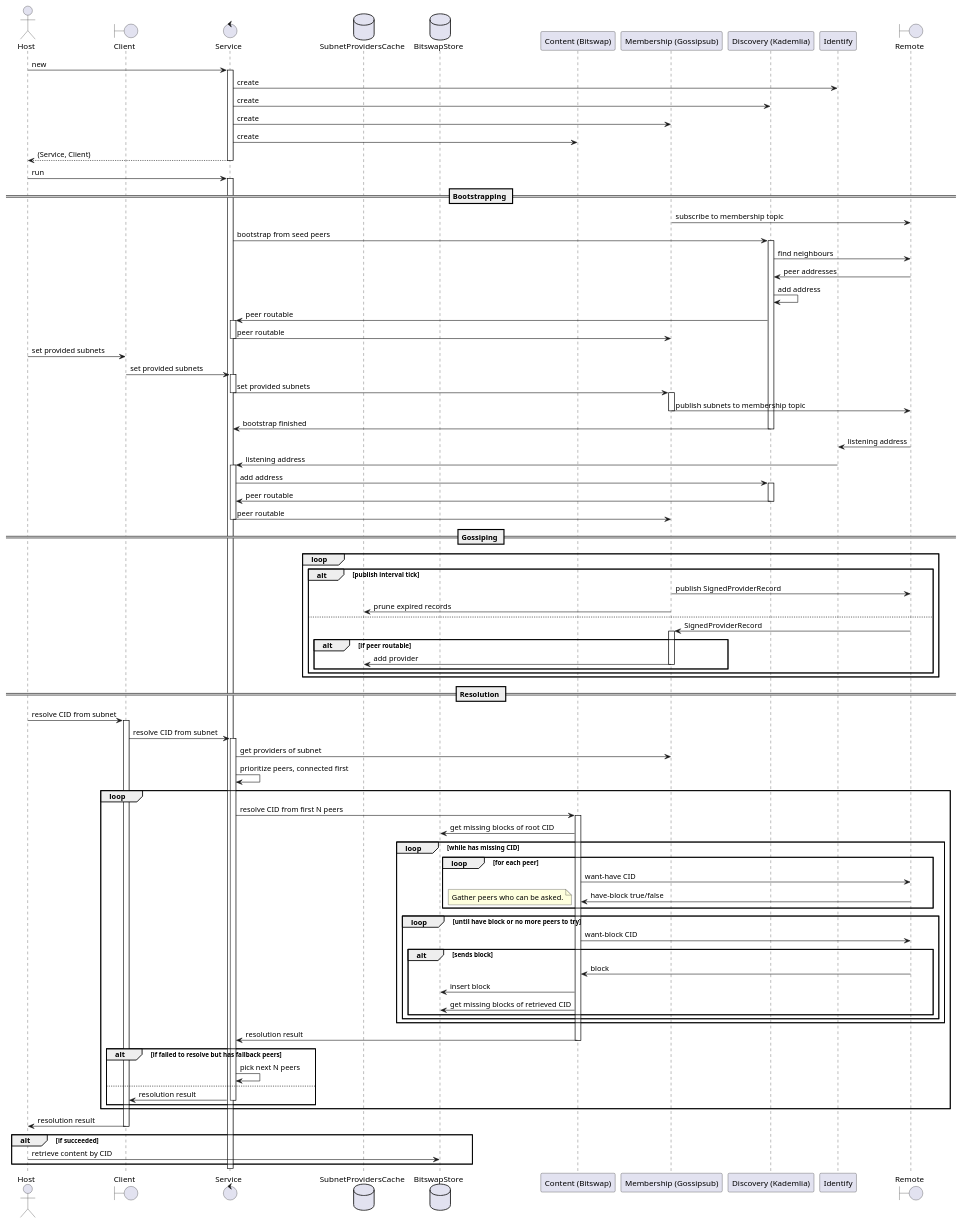
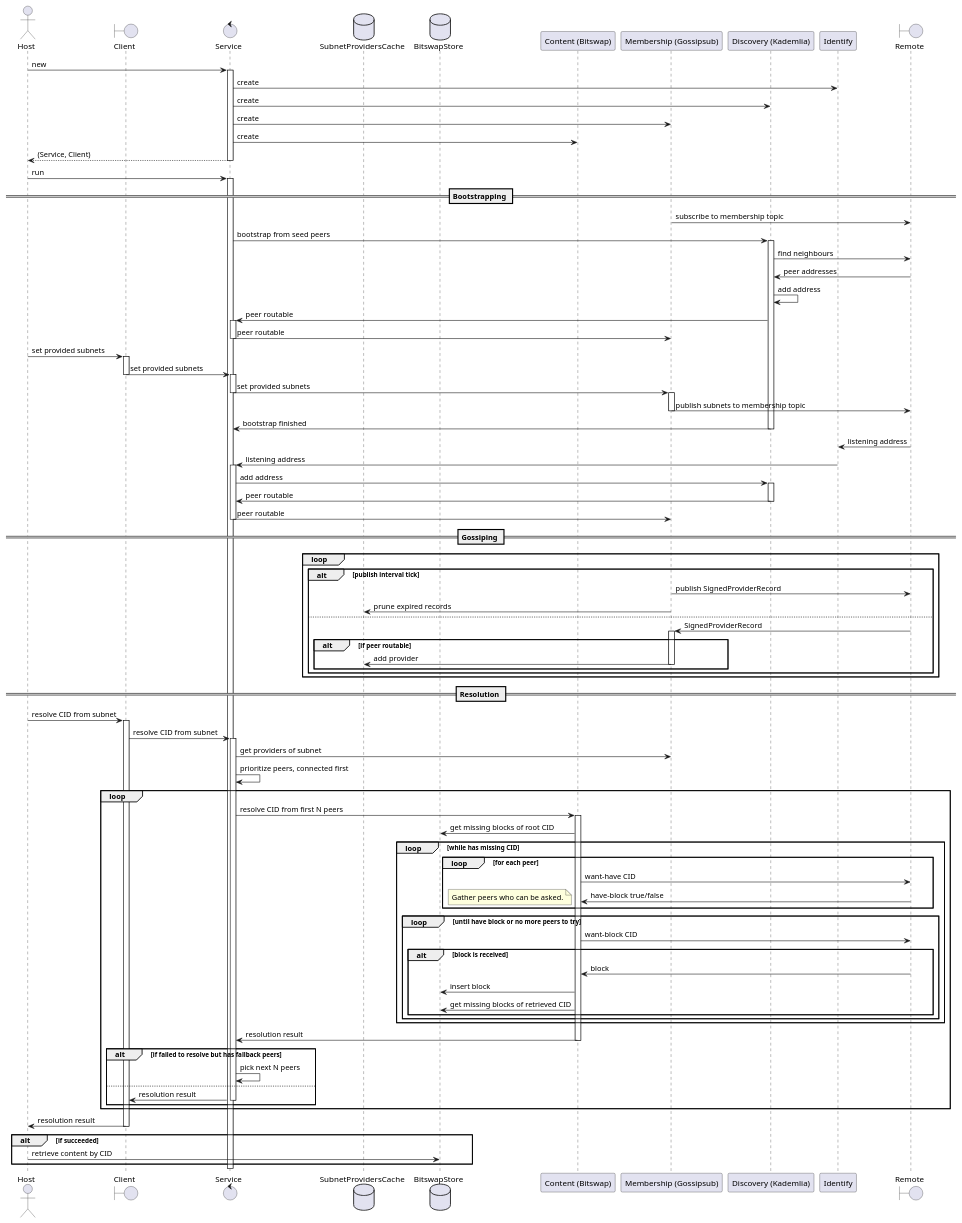
One commit to consensus-shipyard/ipc-libs changed the diagram in docs/diagrams/ipld_resolver.puml. Above: the diagram before and after it, drawn with PlantUML. The commit also changed 6 other files, not shown here.

```diff
--- a/docs/diagrams/ipld_resolver.puml
+++ b/docs/diagrams/ipld_resolver.puml
@@ -1,100 +1,100 @@
 @startuml IPLD Resolver
 actor Host
 boundary Client
 control Service
 database SubnetProvidersCache
 database BitswapStore
 participant "Content (Bitswap)" as Content
 participant "Membership (Gossipsub)" as Membership
 participant "Discovery (Kademlia)" as Discovery
 participant Identify
 boundary Remote
 
 
 Host -> Service ++: new
 Service -> Identify: create
 Service -> Discovery: create
 Service -> Membership: create
 Service -> Content: create
 return (Service, Client)
 
 Host -> Service ++: run
 
 == Bootstrapping ==
 
 Membership -> Remote: subscribe to membership topic
 Service -> Discovery ++: bootstrap from seed peers
 Discovery -> Remote: find neighbours
 Remote -> Discovery: peer addresses
 
 Discovery -> Discovery: add address
 Discovery -> Service ++: peer routable
 Service -> Membership --: peer routable
 
-Host -> Client: set provided subnets
-Client -> Service ++: set provided subnets
+Host -> Client ++: set provided subnets
+Client -> Service --++: set provided subnets
 Service -> Membership --++: set provided subnets
 Membership -> Remote --: publish subnets to membership topic
 
 Discovery -> Service --: bootstrap finished
 
 Remote -> Identify: listening address
 Identify -> Service ++: listening address
 Service -> Discovery ++: add address
 Discovery -> Service --: peer routable
 Service -> Membership --: peer routable
 
 == Gossiping ==
 
 loop
   alt publish interval tick
     Membership -> Remote: publish SignedProviderRecord
     Membership -> SubnetProvidersCache: prune expired records
   else
     Remote -> Membership ++: SignedProviderRecord
     alt if peer routable
       Membership -> SubnetProvidersCache --: add provider
     end
   end
 end
 
 == Resolution ==
 
 Host -> Client ++: resolve CID from subnet
 Client -> Service ++: resolve CID from subnet
 Service -> Membership: get providers of subnet
 Service -> Service: prioritize peers, connected first
 loop
   Service -> Content ++: resolve CID from first N peers
   Content -> BitswapStore: get missing blocks of root CID
   loop while has missing CID
     loop for each peer
       Content -> Remote: want-have CID
       Remote -> Content: have-block true/false
       note left
         Gather peers who can be asked.
       end note
     end
     loop until have block or no more peers to try
       Content -> Remote: want-block CID
-      alt sends block
+      alt block is received
         Remote -> Content: block
         Content -> BitswapStore: insert block
         Content -> BitswapStore: get missing blocks of retrieved CID
       end
     end
   end
   Content -> Service --: resolution result
   alt if failed to resolve but has fallback peers
     Service -> Service: pick next N peers
   else
     Service -> Client --: resolution result
   end
 end
 Client -> Host --: resolution result
 
 alt if succeeded
   Host -> BitswapStore: retrieve content by CID
 end
 
 @enduml
```
